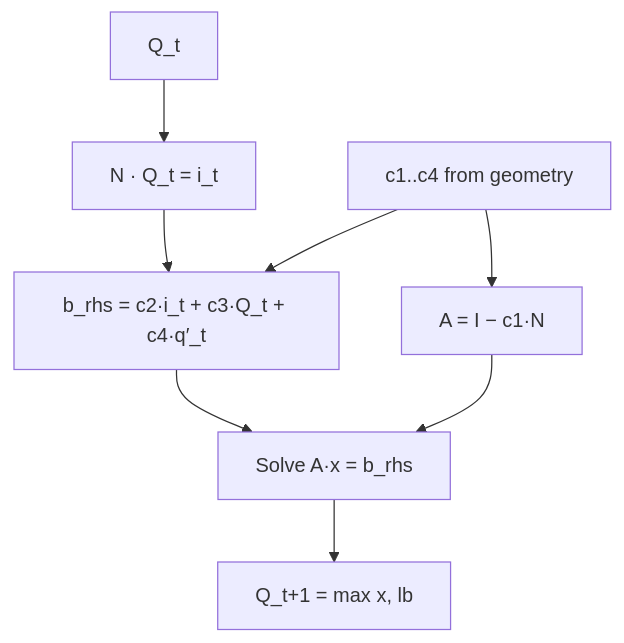
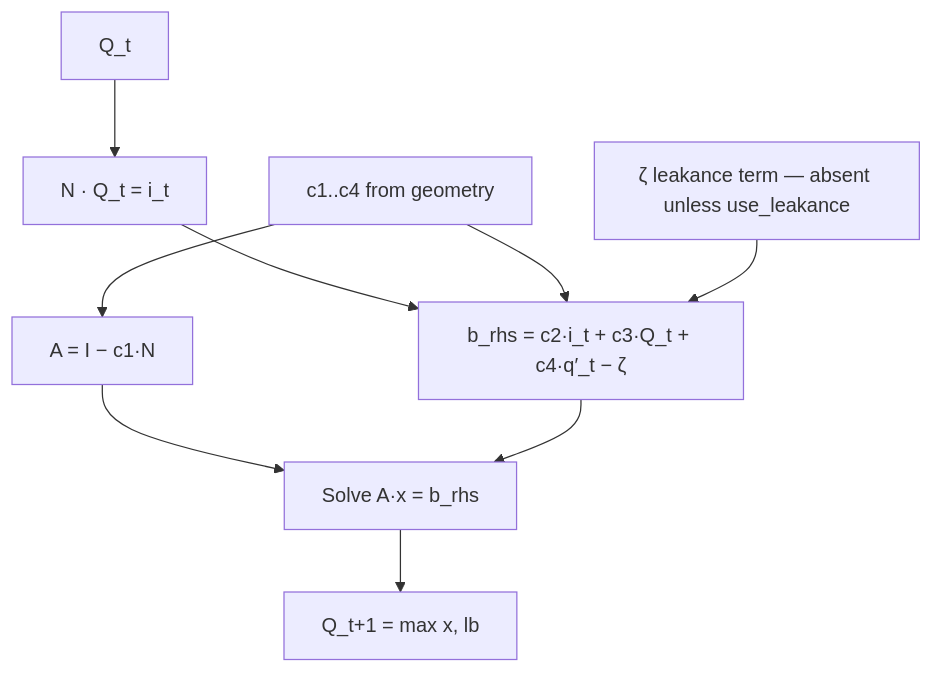
Before and after one commit to taddyb/ddrs: the diagram in docs/algorithm.md, drawn with Mermaid. The commit also changed other lines of this file and 16 other files, not shown here.

````diff
--- a/docs/algorithm.md
+++ b/docs/algorithm.md
@@ -147,10 +152,11 @@
 ```mermaid
 flowchart TD
     Q_t[Q_t] --> SpMV[N · Q_t = i_t]
-    SpMV --> bRHS[b_rhs = c2·i_t + c3·Q_t + c4·q′_t]
+    SpMV --> bRHS[b_rhs = c2·i_t + c3·Q_t + c4·q′_t − ζ]
     Coeffs[c1..c4 from geometry] --> bRHS
+    Zeta[ζ leakance term — absent unless use_leakance] --> bRHS
     Coeffs --> Assemble[A = I − c1·N]
     Assemble --> Solve[Solve A·x = b_rhs]
     bRHS --> Solve
     Solve --> Clamp[Q_t+1 = max x, lb]
 ```
````
